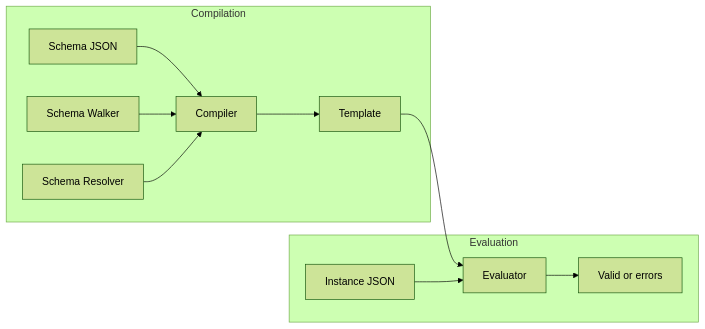
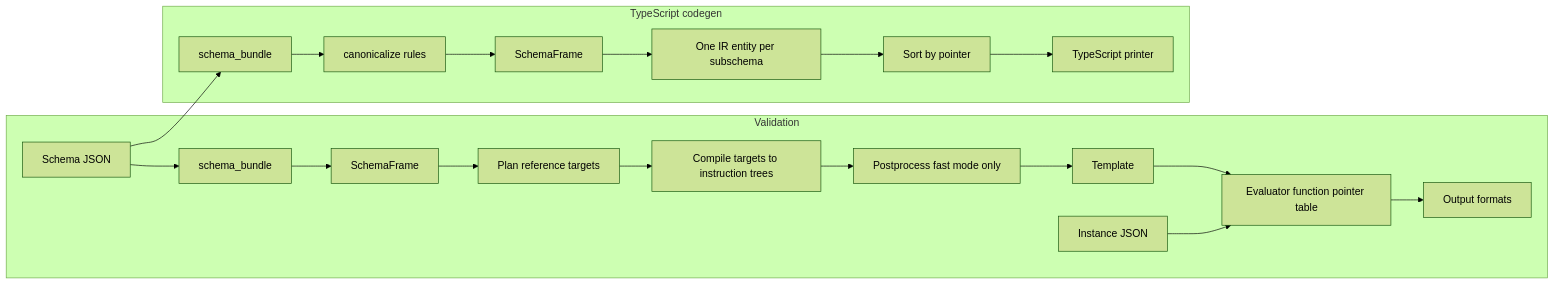
The first of 2 diagrams in research/reports/cpp/sourcemeta-blaze.md (goddtriffin/json-schema-rs), drawn with Mermaid (forest theme) before and after one commit. The commit also changed other lines of this file and 51 other files, not shown here.

````diff
--- a/research/reports/cpp/sourcemeta-blaze.md
+++ b/research/reports/cpp/sourcemeta-blaze.md
@@ -94,22 +100,25 @@
 ```mermaid
 flowchart LR
-  subgraph compilePath [Compilation]
-    SchemaJSON[Schema JSON]
-    Walker[Schema Walker]
-    Resolver[Schema Resolver]
-    Compiler[Compiler]
+  SchemaJSON[Schema JSON]
+  subgraph validation [Validation]
+    Bundle1[schema_bundle]
+    Frame1[SchemaFrame]
+    Plan[Plan reference targets]
+    Compile[Compile targets to instruction trees]
+    Post[Postprocess fast mode only]
     Template[Template]
-    SchemaJSON --> Compiler
-    Walker --> Compiler
-    Resolver --> Compiler
-    Compiler --> Template
+    Evaluate[Evaluator function pointer table]
+    Output[Output formats]
+    SchemaJSON --> Bundle1 --> Frame1 --> Plan --> Compile --> Post --> Template --> Evaluate --> Output
+    InstanceJSON[Instance JSON] --> Evaluate
   end
-  subgraph evalPath [Evaluation]
-    InstanceJSON[Instance JSON]
-    Evaluator[Evaluator]
-    Result[Valid or errors]
-    Template --> Evaluator
-    InstanceJSON --> Evaluator
-    Evaluator --> Result
+  subgraph codegenPipe [TypeScript codegen]
+    Bundle2[schema_bundle]
+    Canon[canonicalize rules]
+    Frame2[SchemaFrame]
+    IR[One IR entity per subschema]
+    Sort[Sort by pointer]
+    TS[TypeScript printer]
+    SchemaJSON --> Bundle2 --> Canon --> Frame2 --> IR --> Sort --> TS
   end
 ```
````
